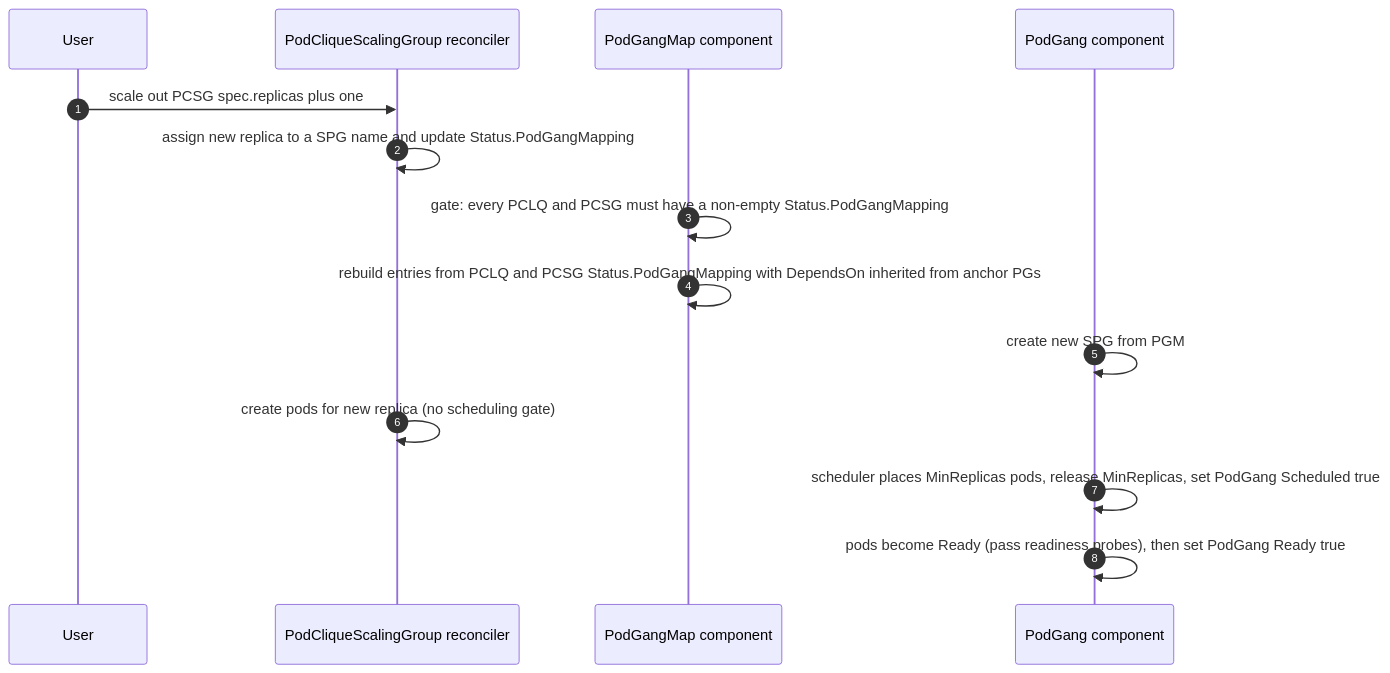
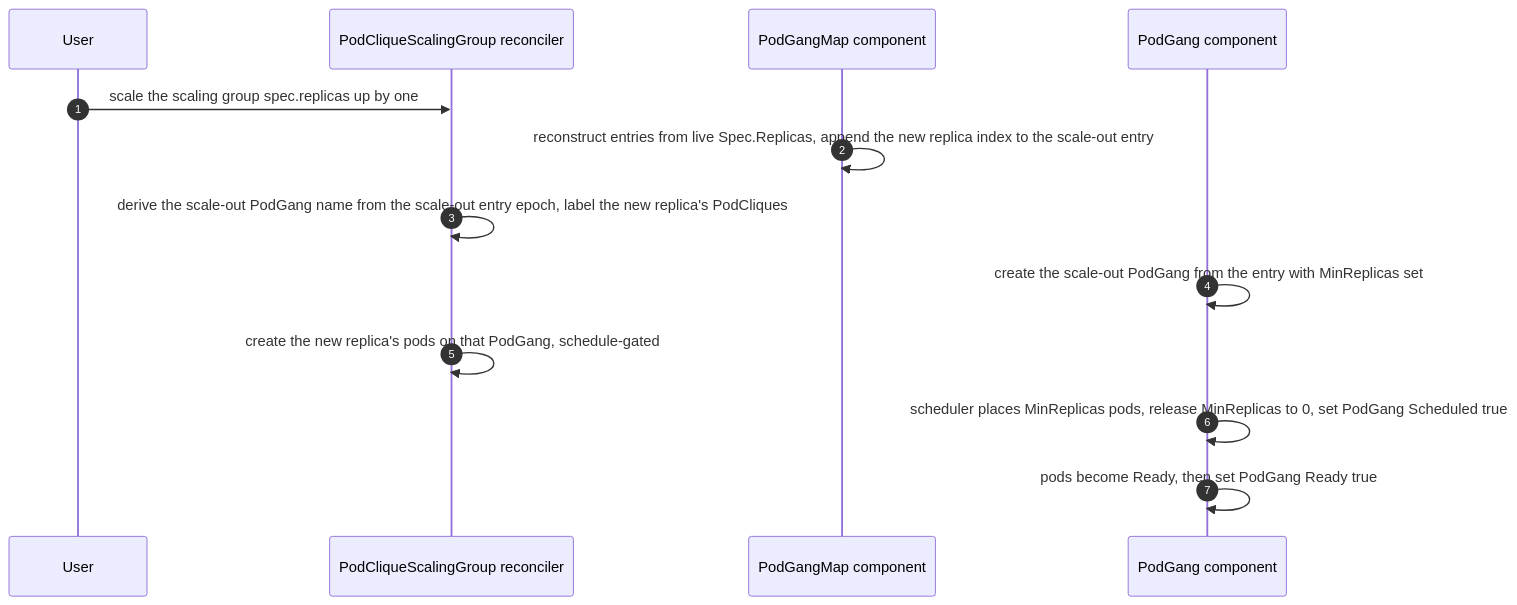
One commit to unmarshall/grove changed the third of 4 diagrams in docs/proposals/393-coherent-rolling-updates/README.md. Above: the diagram before and after it, drawn with Mermaid. The commit also changed other lines of this file, not shown here.

````diff
--- a/docs/proposals/393-coherent-rolling-updates/README.md
+++ b/docs/proposals/393-coherent-rolling-updates/README.md
@@ -671,17 +783,16 @@
 ```mermaid
 sequenceDiagram
   autonumber
   participant User
   participant PCSG as PodCliqueScalingGroup reconciler
   participant PGM as PodGangMap component
   participant PG as PodGang component
 
-  User->>PCSG: scale out PCSG spec.replicas plus one
-  PCSG->>PCSG: assign new replica to a SPG name and update Status.PodGangMapping
-  PGM->>PGM: gate: every PCLQ and PCSG must have a non-empty Status.PodGangMapping
-  PGM->>PGM: rebuild entries from PCLQ and PCSG Status.PodGangMapping with DependsOn inherited from anchor PGs
-  PG->>PG: create new SPG from PGM
-  PCSG->>PCSG: create pods for new replica (no scheduling gate)
-  PG->>PG: scheduler places MinReplicas pods, release MinReplicas, set PodGang Scheduled true
-  PG->>PG: pods become Ready (pass readiness probes), then set PodGang Ready true
+  User->>PCSG: scale the scaling group spec.replicas up by one
+  PGM->>PGM: reconstruct entries from live Spec.Replicas, append the new replica index to the scale-out entry
+  PCSG->>PCSG: derive the scale-out PodGang name from the scale-out entry epoch, label the new replica's PodCliques
+  PG->>PG: create the scale-out PodGang from the entry with MinReplicas set
+  PCSG->>PCSG: create the new replica's pods on that PodGang, schedule-gated
+  PG->>PG: scheduler places MinReplicas pods, release MinReplicas to 0, set PodGang Scheduled true
+  PG->>PG: pods become Ready, then set PodGang Ready true
 ```
````
